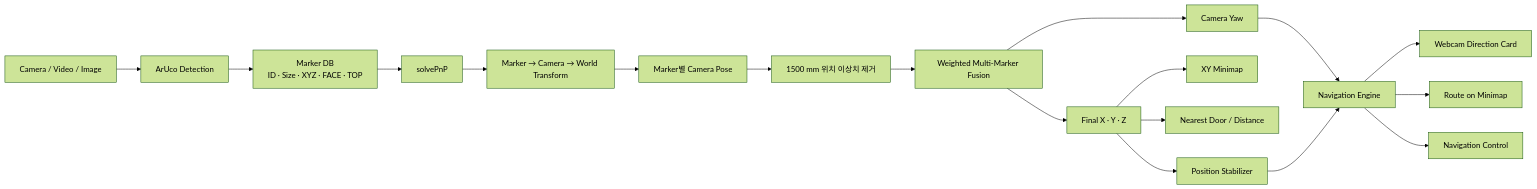
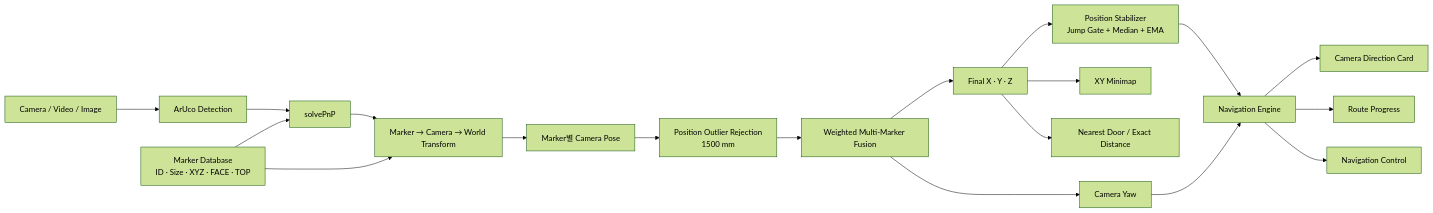
Before and after one commit to JIWOO1127/machine-vision1: the first of 20 diagrams in ArUco/README.md, drawn with Mermaid (forest theme). The commit also changed other lines of this file, not shown here.

Commit message:
Update ArUco localization and navigation V7

````diff
--- a/ArUco/README.md
+++ b/ArUco/README.md
@@ -30,23 +141,39 @@
 ```mermaid
 flowchart LR
-    CAM["Camera / Video / Image"] --> DET["ArUco Detection"]
-    DET --> DB["Marker DB<br/>ID · Size · XYZ · FACE · TOP"]
-    DB --> PNP["solvePnP"]
-    PNP --> TF["Marker → Camera → World Transform"]
-    TF --> POSE["Marker별 Camera Pose"]
+    INPUT["Camera / Video / Image"]
+    DET["ArUco Detection"]
+    DB["Marker Database<br/>ID · Size · XYZ · FACE · TOP"]
+    PNP["solvePnP"]
+    TF["Marker → Camera → World Transform"]
+    SINGLE["Marker별 Camera Pose"]
+    OUTLIER["Position Outlier Rejection<br/>1500 mm"]
+    FUSE["Weighted Multi-Marker Fusion"]
+    XYZ["Final X · Y · Z"]
+    YAW["Camera Yaw"]
+    STAB["Position Stabilizer<br/>Jump Gate + Median + EMA"]
+    MAP["XY Minimap"]
+    DOOR["Nearest Door / Exact Distance"]
+    NAV["Navigation Engine"]
+    CAMUI["Camera Direction Card"]
+    MAPUI["Route Progress"]
+    CTRL["Navigation Control"]
 
-    POSE --> OUT["1500 mm 위치 이상치 제거"]
-    OUT --> FUSE["Weighted Multi-Marker Fusion"]
-    FUSE --> XYZ["Final X · Y · Z"]
-    FUSE --> YAW["Camera Yaw"]
-
-    XYZ --> MAP["XY Minimap"]
-    XYZ --> LAND["Nearest Door / Distance"]
-    XYZ --> STAB["Position Stabilizer"]
-    YAW --> NAV["Navigation Engine"]
+    INPUT --> DET
+    DET --> PNP
+    DB --> PNP
+    PNP --> TF
+    DB --> TF
+    TF --> SINGLE
+    SINGLE --> OUTLIER
+    OUTLIER --> FUSE
+    FUSE --> XYZ
+    FUSE --> YAW
+    XYZ --> STAB
+    XYZ --> MAP
+    XYZ --> DOOR
     STAB --> NAV
-
-    NAV --> CAMUI["Webcam Direction Card"]
-    NAV --> MAPUI["Route on Minimap"]
-    NAV --> CTRL["Navigation Control"]
+    YAW --> NAV
+    NAV --> CAMUI
+    NAV --> MAPUI
+    NAV --> CTRL
 ```
````
